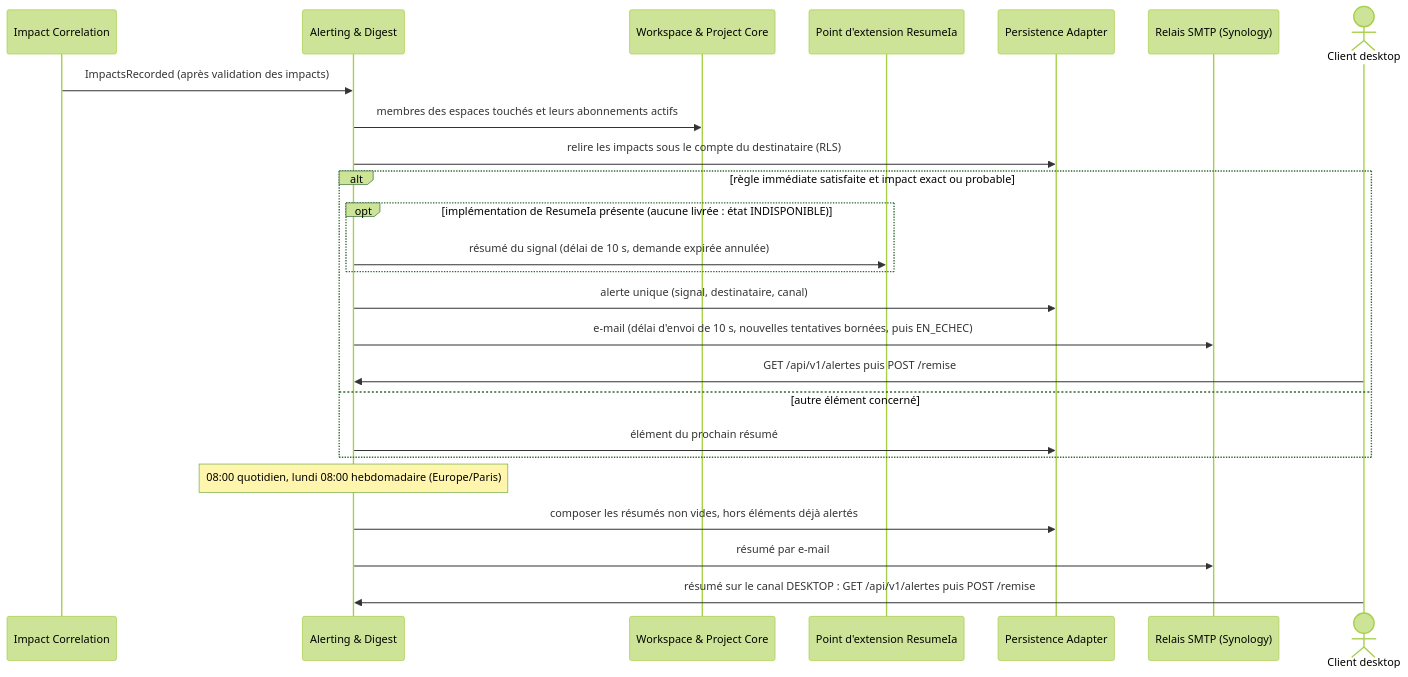
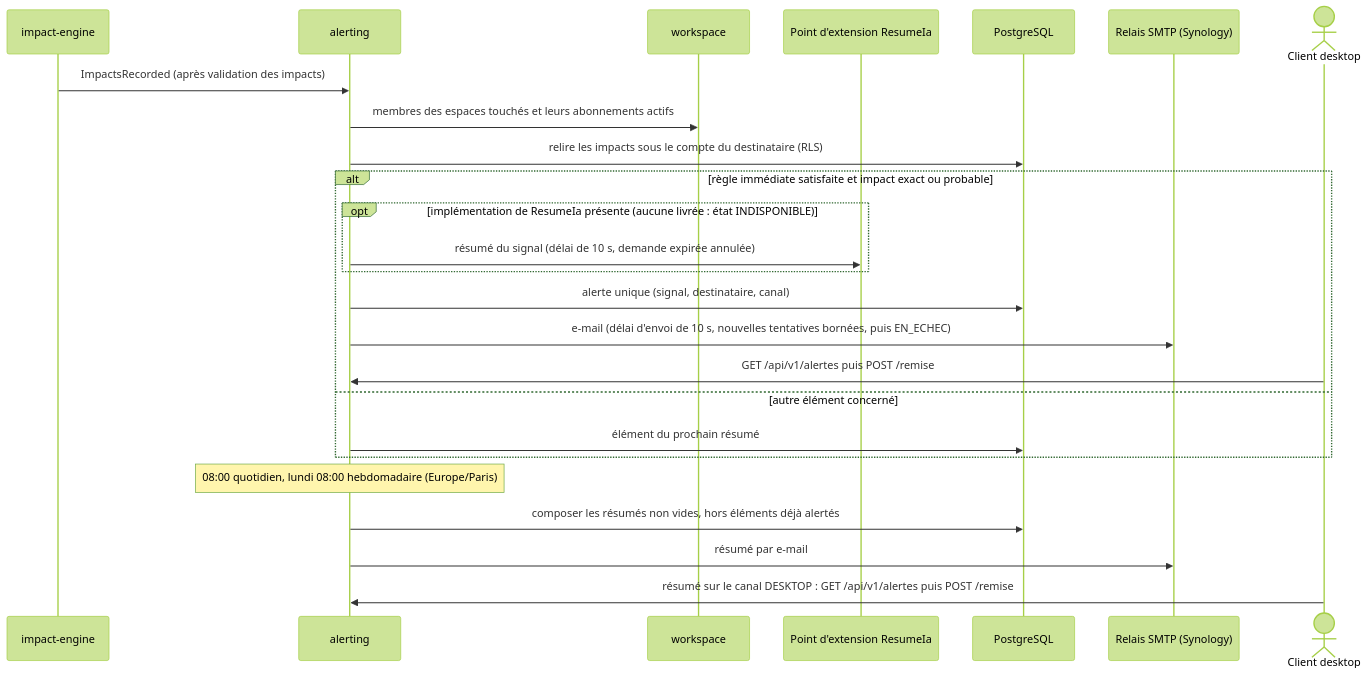
One commit to FTurleque/argos-tech-platform changed the second of 7 diagrams in docs/architecture/arc42/06-vue-execution.md. Above: the diagram before and after it, drawn with Mermaid (forest theme). The commit also changed other lines of this file and 11 other files, not shown here.

````diff
--- a/docs/architecture/arc42/06-vue-execution.md
+++ b/docs/architecture/arc42/06-vue-execution.md
@@ -78,28 +60,28 @@
 ```mermaid
 sequenceDiagram
-    participant Corr as Impact Correlation
-    participant Alert as Alerting & Digest
-    participant Core as Workspace & Project Core
+    participant Corr as impact-engine
+    participant Alert as alerting
+    participant Core as workspace
     participant IA as Point d'extension ResumeIa
-    participant Persist as Persistence Adapter
+    participant Persist as PostgreSQL
     participant Mail as Relais SMTP (Synology)
     actor Desk as Client desktop
 
     Corr->>Alert: ImpactsRecorded (après validation des impacts)
     Alert->>Core: membres des espaces touchés et leurs abonnements actifs
     Alert->>Persist: relire les impacts sous le compte du destinataire (RLS)
     alt règle immédiate satisfaite et impact exact ou probable
         opt implémentation de ResumeIa présente (aucune livrée : état INDISPONIBLE)
             Alert->>IA: résumé du signal (délai de 10 s, demande expirée annulée)
         end
         Alert->>Persist: alerte unique (signal, destinataire, canal)
         Alert->>Mail: e-mail (délai d'envoi de 10 s, nouvelles tentatives bornées, puis EN_ECHEC)
         Desk->>Alert: GET /api/v1/alertes puis POST /remise
     else autre élément concerné
         Alert->>Persist: élément du prochain résumé
     end
     Note over Alert: 08:00 quotidien, lundi 08:00 hebdomadaire (Europe/Paris)
     Alert->>Persist: composer les résumés non vides, hors éléments déjà alertés
     Alert->>Mail: résumé par e-mail
     Desk->>Alert: résumé sur le canal DESKTOP : GET /api/v1/alertes puis POST /remise
 ```
````
